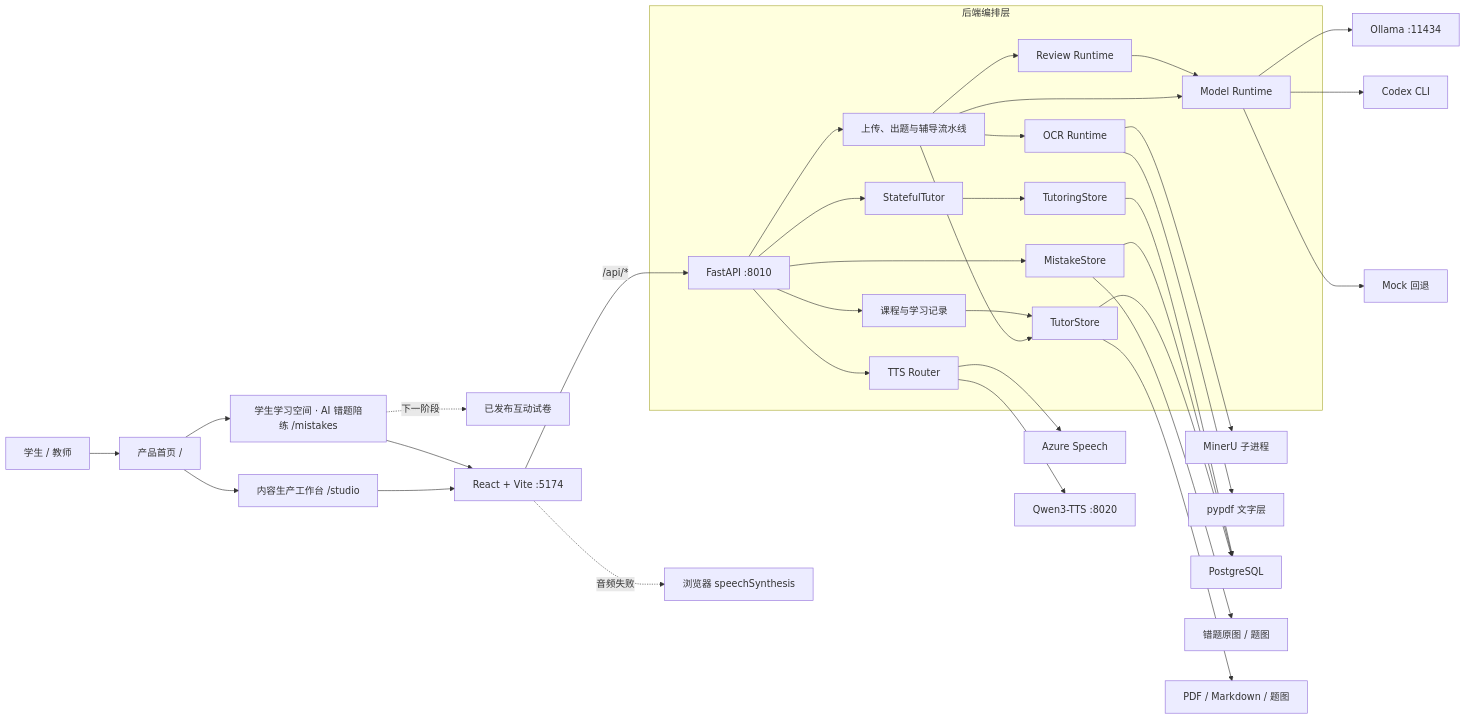
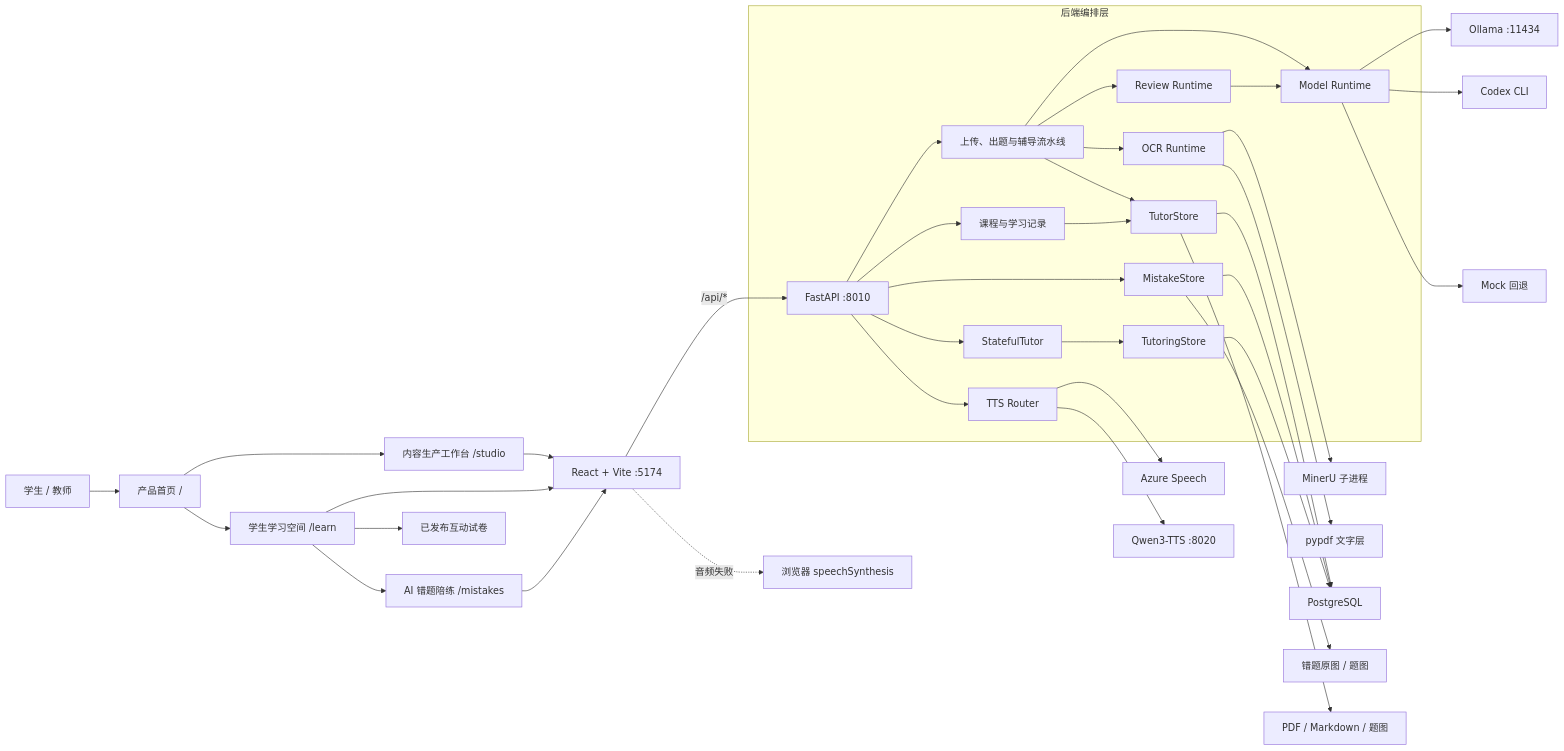
One commit to ningkaikok/dotty-tutor changed the first of 4 diagrams in docs/architecture.md. Above: the diagram before and after it, drawn with Mermaid. The commit also changed other lines of this file and 37 other files, not shown here.

````diff
--- a/docs/architecture.md
+++ b/docs/architecture.md
@@ -12,39 +12,41 @@
 ```mermaid
 flowchart LR
   User["学生 / 教师"] --> Home["产品首页 /"]
-  Home --> Mistakes["学生学习空间 · AI 错题陪练 /mistakes"]
+  Home --> Student["学生学习空间 /learn"]
   Home --> Studio["内容生产工作台 /studio"]
-  Mistakes -. "下一阶段" .-> Papers["已发布互动试卷"]
+  Student --> Mistakes["AI 错题陪练 /mistakes"]
+  Student --> Papers["已发布互动试卷"]
   Studio --> Web["React + Vite :5174"]
+  Student --> Web
   Mistakes --> Web
   Web -->|"/api/*"| API["FastAPI :8010"]
 
   subgraph Backend["后端编排层"]
     API --> Pipeline["上传、出题与辅导流水线"]
     API --> Learning["课程与学习记录"]
     Pipeline --> OCR["OCR Runtime"]
     Pipeline --> Model["Model Runtime"]
     Pipeline --> Review["Review Runtime"]
     Pipeline --> Store["TutorStore"]
     Learning --> Store
     API --> TTS["TTS Router"]
     API --> MistakeStore["MistakeStore"]
     API --> Tutor["StatefulTutor"]
     Tutor --> ThreadStore["TutoringStore"]
     Review --> Model
   end
 
   OCR --> MinerU["MinerU 子进程"]
   OCR --> PyPDF["pypdf 文字层"]
   Model --> Ollama["Ollama :11434"]
   Model --> Codex["Codex CLI"]
   Model --> Mock["Mock 回退"]
   Store --> PostgreSQL["PostgreSQL"]
   MistakeStore --> PostgreSQL
   ThreadStore --> PostgreSQL
   MistakeStore --> MistakeFiles["错题原图 / 题图"]
   Store --> Files["PDF / Markdown / 题图"]
   TTS --> Azure["Azure Speech"]
   TTS --> Qwen["Qwen3-TTS :8020"]
   Web -. "音频失败" .-> BrowserTTS["浏览器 speechSynthesis"]
 ```
````
